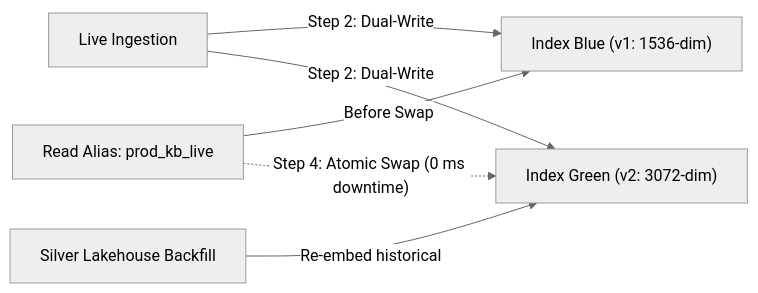
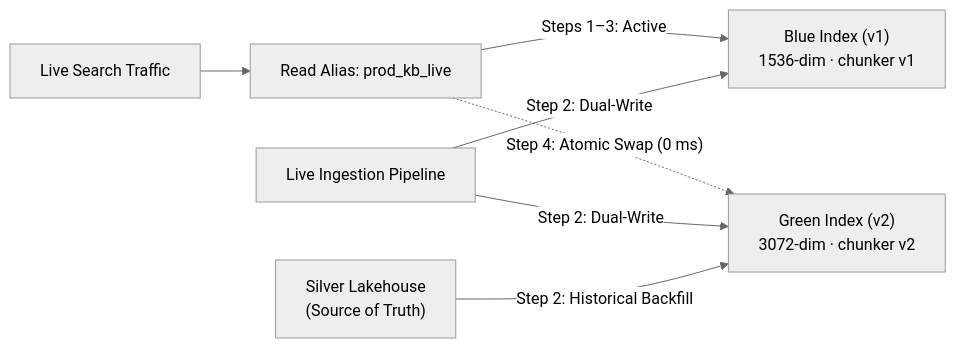
Before and after one commit to Amie-dev/FDE-and-GenAI-Mastery: the first of 2 diagrams in Lecture 25 - AI Data Contracts and Lakehouse Lifecycle/notes/07_Zero_Downtime_Re_Embedding_and_Migrations.md, drawn with Mermaid (neutral theme). The commit also changed other lines of this file and 92 other files, not shown here.

````diff
--- a/Lecture 25 - AI Data Contracts and Lakehouse Lifecycle/notes/07_Zero_Downtime_Re_Embedding_and_Migrations.md
+++ b/Lecture 25 - AI Data Contracts and Lakehouse Lifecycle/notes/07_Zero_Downtime_Re_Embedding_and_Migrations.md
@@ -25,8 +39,10 @@
 ```mermaid
 flowchart LR
-    ReadAlias["Read Alias: prod_kb_live"] -->|"Before Swap"| Blue["Index Blue (v1: 1536-dim)"]
-    Ingest["Live Ingestion"] -->|"Step 2: Dual-Write"| Blue
-    Ingest -->|"Step 2: Dual-Write"| Green["Index Green (v2: 3072-dim)"]
-    Backfill["Silver Lakehouse Backfill"] -->|"Re-embed historical"| Green
-    ReadAlias -.->|"Step 4: Atomic Swap (0 ms downtime)"| Green
+    App["Live Search Traffic"] --> Alias["Read Alias: prod_kb_live"]
+    Alias -->|"Steps 1–3: Active"| Blue["Blue Index (v1)<br/>1536-dim · chunker v1"]
+    Alias -.->|"Step 4: Atomic Swap (0 ms)"| Green["Green Index (v2)<br/>3072-dim · chunker v2"]
+
+    Ingest["Live Ingestion Pipeline"] -->|"Step 2: Dual-Write"| Blue
+    Ingest -->|"Step 2: Dual-Write"| Green
+    Silver["Silver Lakehouse<br/>(Source of Truth)"] -->|"Step 2: Historical Backfill"| Green
 ```
````
